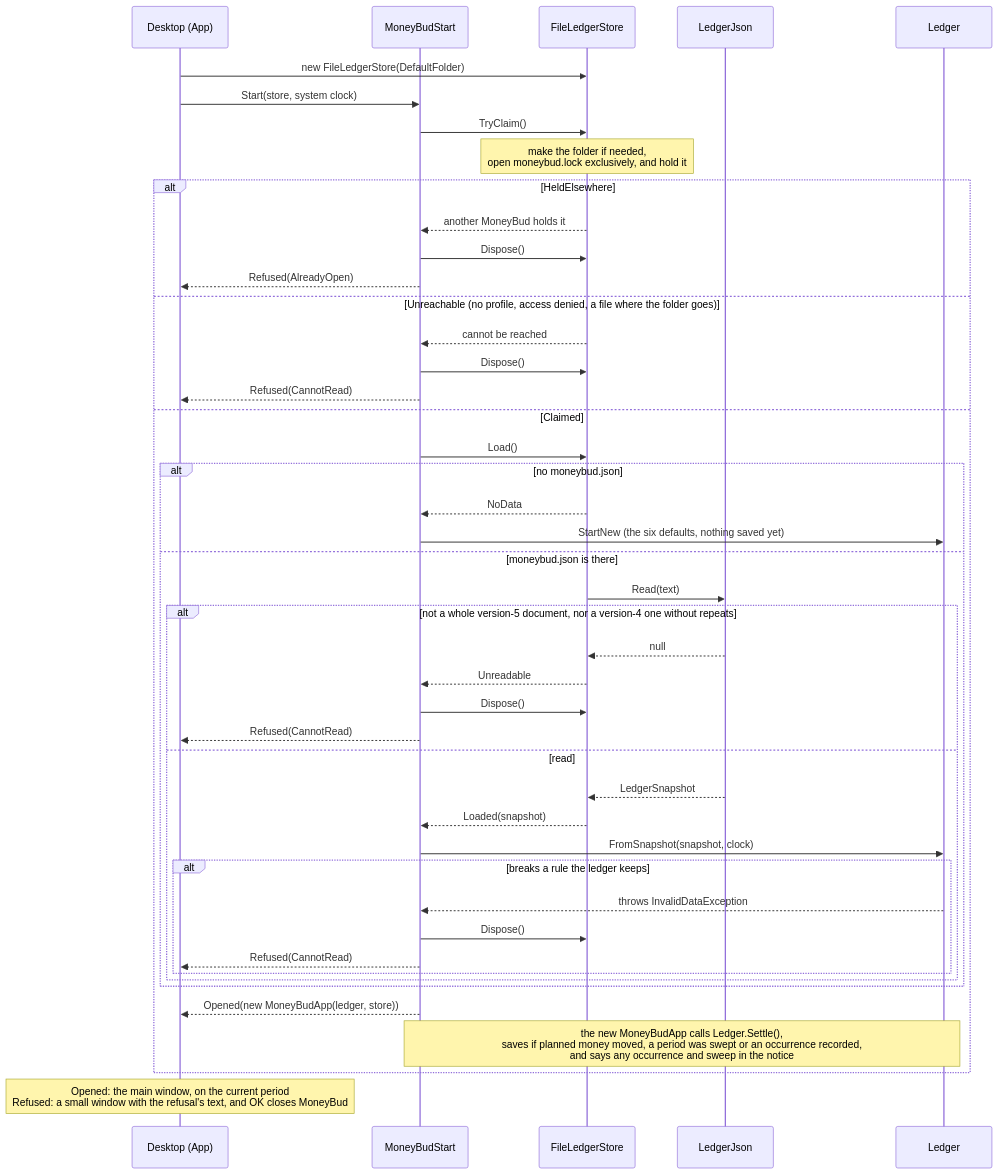
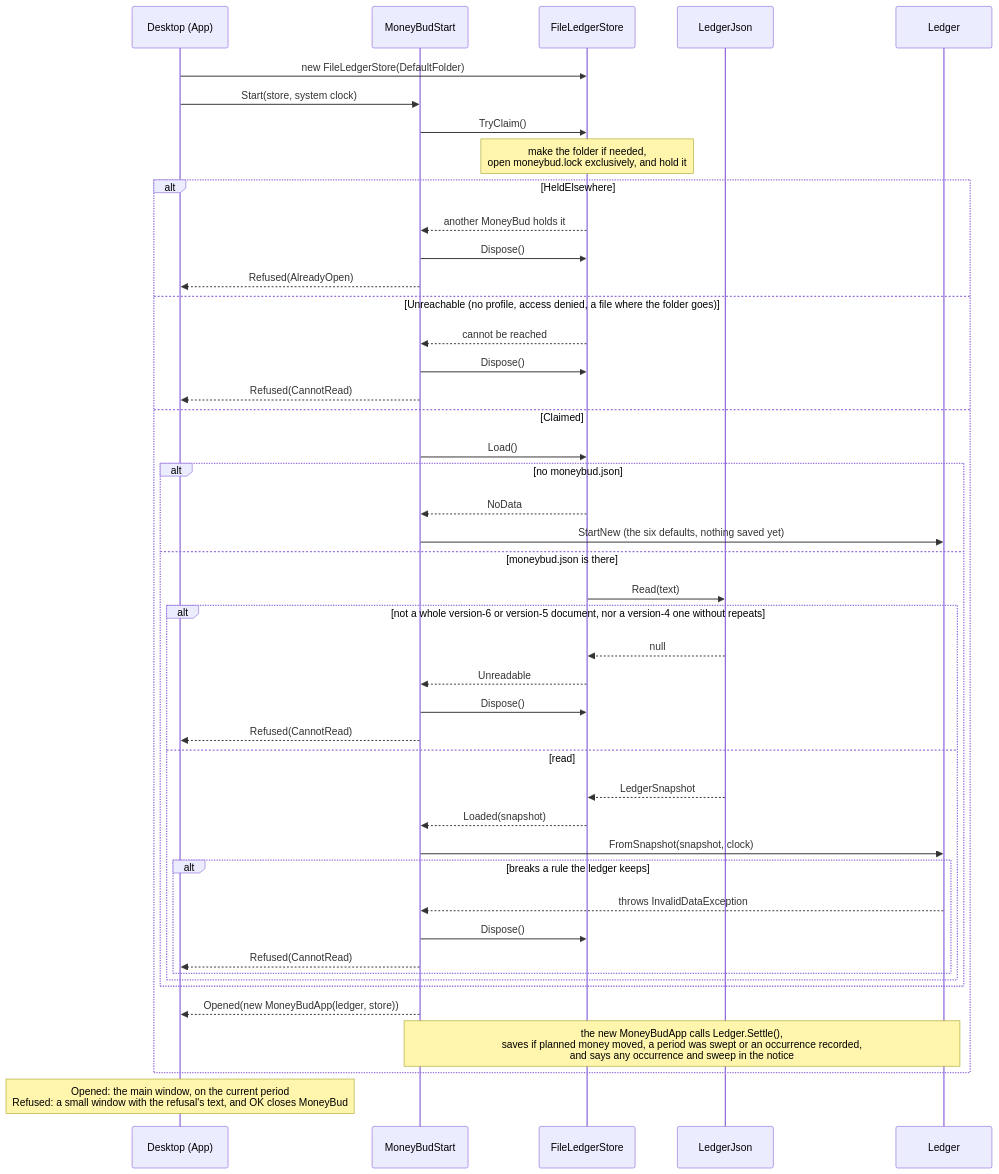
One commit to Axelkonijn/MoneyBud changed the second of 3 diagrams in docs/arc42/06-runtime-view.md. Above: the diagram before and after it, drawn with Mermaid. The commit also changed other lines of this file and 14 other files, not shown here.

````diff
--- a/docs/arc42/06-runtime-view.md
+++ b/docs/arc42/06-runtime-view.md
@@ -362,48 +362,48 @@
 ```mermaid
 sequenceDiagram
     participant Desktop as Desktop (App)
     participant Start as MoneyBudStart
     participant Store as FileLedgerStore
     participant Json as LedgerJson
     participant Ledger
 
     Desktop->>Store: new FileLedgerStore(DefaultFolder)
     Desktop->>Start: Start(store, system clock)
     Start->>Store: TryClaim()
     Note over Store: make the folder if needed,<br/>open moneybud.lock exclusively, and hold it
     alt HeldElsewhere
         Store-->>Start: another MoneyBud holds it
         Start->>Store: Dispose()
         Start-->>Desktop: Refused(AlreadyOpen)
     else Unreachable (no profile, access denied, a file where the folder goes)
         Store-->>Start: cannot be reached
         Start->>Store: Dispose()
         Start-->>Desktop: Refused(CannotRead)
     else Claimed
         Start->>Store: Load()
         alt no moneybud.json
             Store-->>Start: NoData
             Start->>Ledger: StartNew (the six defaults, nothing saved yet)
         else moneybud.json is there
             Store->>Json: Read(text)
-            alt not a whole version-5 document, nor a version-4 one without repeats
+            alt not a whole version-6 or version-5 document, nor a version-4 one without repeats
                 Json-->>Store: null
                 Store-->>Start: Unreadable
                 Start->>Store: Dispose()
                 Start-->>Desktop: Refused(CannotRead)
             else read
                 Json-->>Store: LedgerSnapshot
                 Store-->>Start: Loaded(snapshot)
                 Start->>Ledger: FromSnapshot(snapshot, clock)
                 alt breaks a rule the ledger keeps
                     Ledger-->>Start: throws InvalidDataException
                     Start->>Store: Dispose()
                     Start-->>Desktop: Refused(CannotRead)
                 end
             end
         end
         Start-->>Desktop: Opened(new MoneyBudApp(ledger, store))
         Note over Start,Ledger: the new MoneyBudApp calls Ledger.Settle(),<br/>saves if planned money moved, a period was swept or an occurrence recorded,<br/>and says any occurrence and sweep in the notice
     end
     Note over Desktop: Opened: the main window, on the current period<br/>Refused: a small window with the refusal's text, and OK closes MoneyBud
 ```
````
